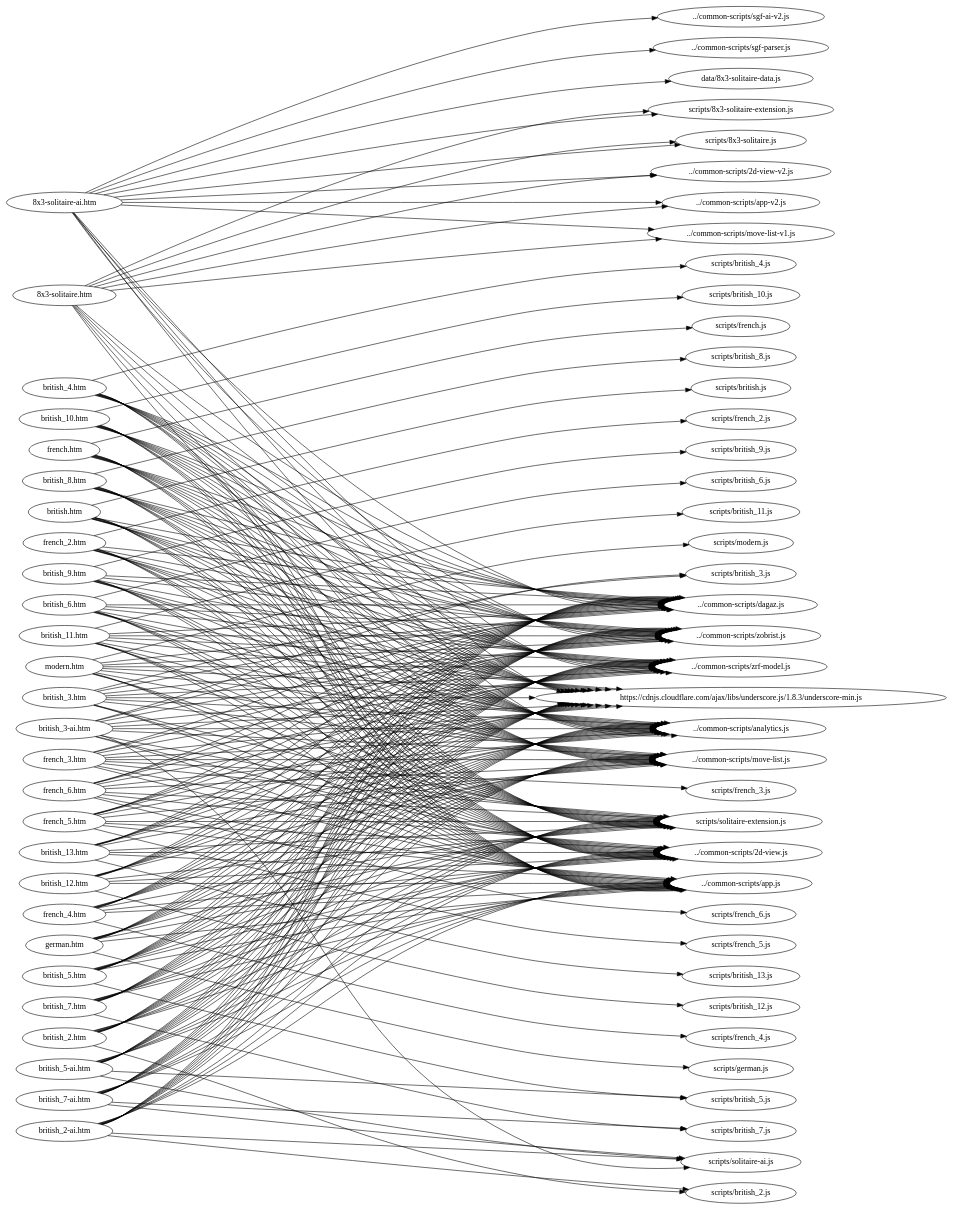
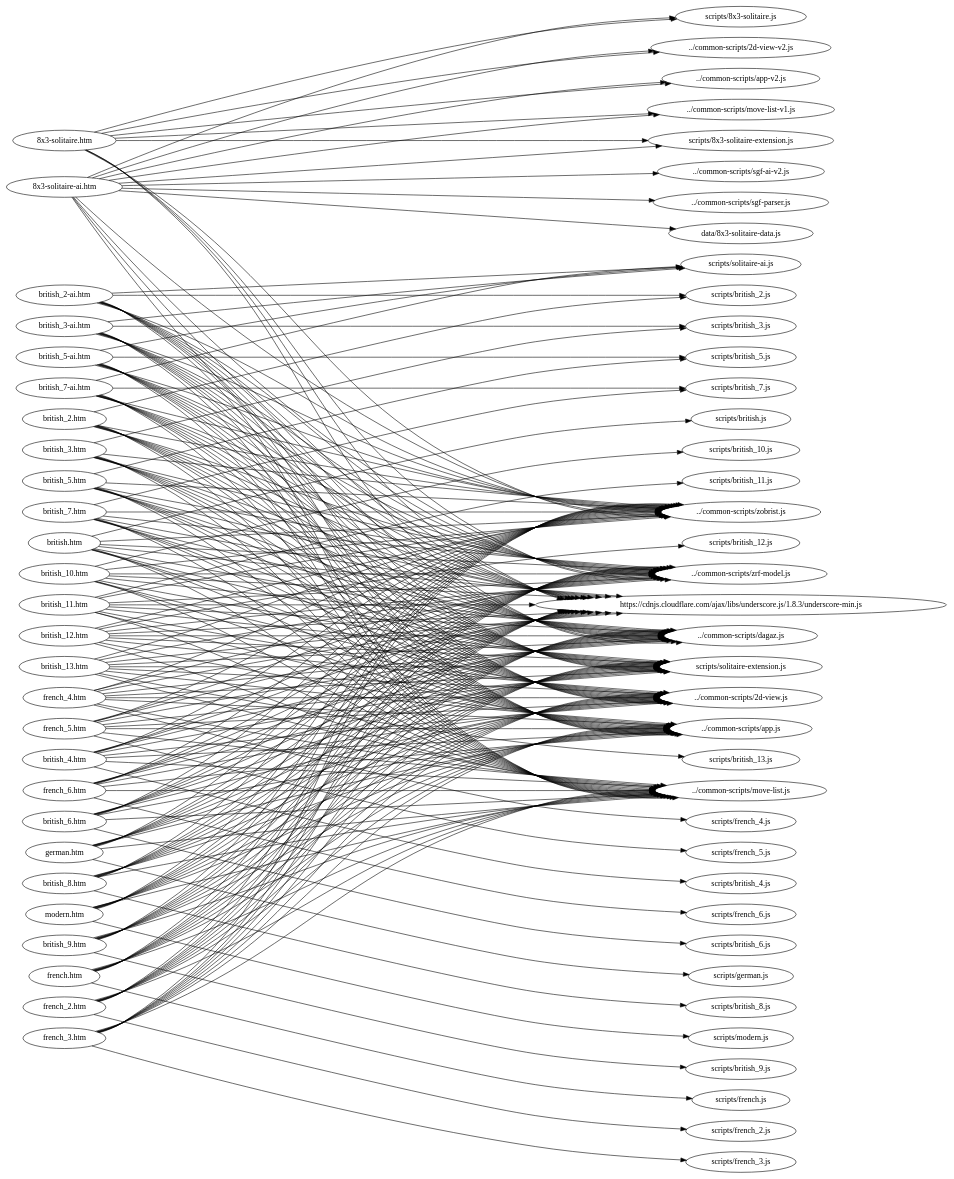
Before and after one commit to stepney141/GlukKazan.github.io: the diagram in refactor-utils/dot/solitaire.dot, drawn with Graphviz. The commit also changed 49 other files, not shown here.

```diff
--- a/refactor-utils/dot/solitaire.dot
+++ b/refactor-utils/dot/solitaire.dot
@@ -1,7 +1,6 @@
 digraph "graph" {
 graph[ ranksep=10, rankdir = LR ];
   "8x3-solitaire-ai.htm" -> "../common-scripts/2d-view-v2.js";
-  "8x3-solitaire-ai.htm" -> "../common-scripts/analytics.js";
   "8x3-solitaire-ai.htm" -> "../common-scripts/app-v2.js";
   "8x3-solitaire-ai.htm" -> "../common-scripts/dagaz.js";
   "8x3-solitaire-ai.htm" -> "../common-scripts/move-list-v1.js";
@@ -14,7 +13,6 @@
   "8x3-solitaire-ai.htm" -> "scripts/8x3-solitaire-extension.js";
   "8x3-solitaire-ai.htm" -> "scripts/8x3-solitaire.js";
   "8x3-solitaire.htm" -> "../common-scripts/2d-view-v2.js";
-  "8x3-solitaire.htm" -> "../common-scripts/analytics.js";
   "8x3-solitaire.htm" -> "../common-scripts/app-v2.js";
   "8x3-solitaire.htm" -> "../common-scripts/dagaz.js";
   "8x3-solitaire.htm" -> "../common-scripts/move-list-v1.js";
@@ -24,7 +22,6 @@
   "8x3-solitaire.htm" -> "scripts/8x3-solitaire-extension.js";
   "8x3-solitaire.htm" -> "scripts/8x3-solitaire.js";
   "british.htm" -> "../common-scripts/2d-view.js";
-  "british.htm" -> "../common-scripts/analytics.js";
   "british.htm" -> "../common-scripts/app.js";
   "british.htm" -> "../common-scripts/dagaz.js";
   "british.htm" -> "../common-scripts/move-list.js";
@@ -34,7 +31,6 @@
   "british.htm" -> "scripts/british.js";
   "british.htm" -> "scripts/solitaire-extension.js";
   "british_10.htm" -> "../common-scripts/2d-view.js";
-  "british_10.htm" -> "../common-scripts/analytics.js";
   "british_10.htm" -> "../common-scripts/app.js";
   "british_10.htm" -> "../common-scripts/dagaz.js";
   "british_10.htm" -> "../common-scripts/move-list.js";
@@ -44,7 +40,6 @@
   "british_10.htm" -> "scripts/british_10.js";
   "british_10.htm" -> "scripts/solitaire-extension.js";
   "british_11.htm" -> "../common-scripts/2d-view.js";
-  "british_11.htm" -> "../common-scripts/analytics.js";
   "british_11.htm" -> "../common-scripts/app.js";
   "british_11.htm" -> "../common-scripts/dagaz.js";
   "british_11.htm" -> "../common-scripts/move-list.js";
@@ -54,7 +49,6 @@
   "british_11.htm" -> "scripts/british_11.js";
   "british_11.htm" -> "scripts/solitaire-extension.js";
   "british_12.htm" -> "../common-scripts/2d-view.js";
-  "british_12.htm" -> "../common-scripts/analytics.js";
   "british_12.htm" -> "../common-scripts/app.js";
   "british_12.htm" -> "../common-scripts/dagaz.js";
   "british_12.htm" -> "../common-scripts/move-list.js";
@@ -64,7 +58,6 @@
   "british_12.htm" -> "scripts/british_12.js";
   "british_12.htm" -> "scripts/solitaire-extension.js";
   "british_13.htm" -> "../common-scripts/2d-view.js";
-  "british_13.htm" -> "../common-scripts/analytics.js";
   "british_13.htm" -> "../common-scripts/app.js";
   "british_13.htm" -> "../common-scripts/dagaz.js";
   "british_13.htm" -> "../common-scripts/move-list.js";
@@ -74,7 +67,6 @@
   "british_13.htm" -> "scripts/british_13.js";
   "british_13.htm" -> "scripts/solitaire-extension.js";
   "british_2-ai.htm" -> "../common-scripts/2d-view.js";
-  "british_2-ai.htm" -> "../common-scripts/analytics.js";
   "british_2-ai.htm" -> "../common-scripts/app.js";
   "british_2-ai.htm" -> "../common-scripts/dagaz.js";
   "british_2-ai.htm" -> "../common-scripts/move-list.js";
@@ -85,7 +77,6 @@
   "british_2-ai.htm" -> "scripts/solitaire-ai.js";
   "british_2-ai.htm" -> "scripts/solitaire-extension.js";
   "british_2.htm" -> "../common-scripts/2d-view.js";
-  "british_2.htm" -> "../common-scripts/analytics.js";
   "british_2.htm" -> "../common-scripts/app.js";
   "british_2.htm" -> "../common-scripts/dagaz.js";
   "british_2.htm" -> "../common-scripts/move-list.js";
@@ -95,7 +86,6 @@
   "british_2.htm" -> "scripts/british_2.js";
   "british_2.htm" -> "scripts/solitaire-extension.js";
   "british_3-ai.htm" -> "../common-scripts/2d-view.js";
-  "british_3-ai.htm" -> "../common-scripts/analytics.js";
   "british_3-ai.htm" -> "../common-scripts/app.js";
   "british_3-ai.htm" -> "../common-scripts/dagaz.js";
   "british_3-ai.htm" -> "../common-scripts/move-list.js";
@@ -106,7 +96,6 @@
   "british_3-ai.htm" -> "scripts/solitaire-ai.js";
   "british_3-ai.htm" -> "scripts/solitaire-extension.js";
   "british_3.htm" -> "../common-scripts/2d-view.js";
-  "british_3.htm" -> "../common-scripts/analytics.js";
   "british_3.htm" -> "../common-scripts/app.js";
   "british_3.htm" -> "../common-scripts/dagaz.js";
   "british_3.htm" -> "../common-scripts/move-list.js";
@@ -116,7 +105,6 @@
   "british_3.htm" -> "scripts/british_3.js";
   "british_3.htm" -> "scripts/solitaire-extension.js";
   "british_4.htm" -> "../common-scripts/2d-view.js";
-  "british_4.htm" -> "../common-scripts/analytics.js";
   "british_4.htm" -> "../common-scripts/app.js";
   "british_4.htm" -> "../common-scripts/dagaz.js";
   "british_4.htm" -> "../common-scripts/move-list.js";
@@ -126,7 +114,6 @@
   "british_4.htm" -> "scripts/british_4.js";
   "british_4.htm" -> "scripts/solitaire-extension.js";
   "british_5-ai.htm" -> "../common-scripts/2d-view.js";
-  "british_5-ai.htm" -> "../common-scripts/analytics.js";
   "british_5-ai.htm" -> "../common-scripts/app.js";
   "british_5-ai.htm" -> "../common-scripts/dagaz.js";
   "british_5-ai.htm" -> "../common-scripts/move-list.js";
@@ -137,7 +124,6 @@
   "british_5-ai.htm" -> "scripts/solitaire-ai.js";
   "british_5-ai.htm" -> "scripts/solitaire-extension.js";
   "british_5.htm" -> "../common-scripts/2d-view.js";
-  "british_5.htm" -> "../common-scripts/analytics.js";
   "british_5.htm" -> "../common-scripts/app.js";
   "british_5.htm" -> "../common-scripts/dagaz.js";
   "british_5.htm" -> "../common-scripts/move-list.js";
@@ -147,7 +133,6 @@
   "british_5.htm" -> "scripts/british_5.js";
   "british_5.htm" -> "scripts/solitaire-extension.js";
   "british_6.htm" -> "../common-scripts/2d-view.js";
-  "british_6.htm" -> "../common-scripts/analytics.js";
   "british_6.htm" -> "../common-scripts/app.js";
   "british_6.htm" -> "../common-scripts/dagaz.js";
   "british_6.htm" -> "../common-scripts/move-list.js";
@@ -157,7 +142,6 @@
   "british_6.htm" -> "scripts/british_6.js";
   "british_6.htm" -> "scripts/solitaire-extension.js";
   "british_7-ai.htm" -> "../common-scripts/2d-view.js";
-  "british_7-ai.htm" -> "../common-scripts/analytics.js";
   "british_7-ai.htm" -> "../common-scripts/app.js";
   "british_7-ai.htm" -> "../common-scripts/dagaz.js";
   "british_7-ai.htm" -> "../common-scripts/move-list.js";
@@ -168,7 +152,6 @@
   "british_7-ai.htm" -> "scripts/solitaire-ai.js";
   "british_7-ai.htm" -> "scripts/solitaire-extension.js";
   "british_7.htm" -> "../common-scripts/2d-view.js";
-  "british_7.htm" -> "../common-scripts/analytics.js";
   "british_7.htm" -> "../common-scripts/app.js";
   "british_7.htm" -> "../common-scripts/dagaz.js";
   "british_7.htm" -> "../common-scripts/move-list.js";
@@ -178,7 +161,6 @@
   "british_7.htm" -> "scripts/british_7.js";
   "british_7.htm" -> "scripts/solitaire-extension.js";
   "british_8.htm" -> "../common-scripts/2d-view.js";
-  "british_8.htm" -> "../common-scripts/analytics.js";
   "british_8.htm" -> "../common-scripts/app.js";
   "british_8.htm" -> "../common-scripts/dagaz.js";
   "british_8.htm" -> "../common-scripts/move-list.js";
@@ -188,7 +170,6 @@
   "british_8.htm" -> "scripts/british_8.js";
   "british_8.htm" -> "scripts/solitaire-extension.js";
   "british_9.htm" -> "../common-scripts/2d-view.js";
-  "british_9.htm" -> "../common-scripts/analytics.js";
   "british_9.htm" -> "../common-scripts/app.js";
   "british_9.htm" -> "../common-scripts/dagaz.js";
   "british_9.htm" -> "../common-scripts/move-list.js";
@@ -198,7 +179,6 @@
   "british_9.htm" -> "scripts/british_9.js";
   "british_9.htm" -> "scripts/solitaire-extension.js";
   "french.htm" -> "../common-scripts/2d-view.js";
-  "french.htm" -> "../common-scripts/analytics.js";
   "french.htm" -> "../common-scripts/app.js";
   "french.htm" -> "../common-scripts/dagaz.js";
   "french.htm" -> "../common-scripts/move-list.js";
@@ -208,7 +188,6 @@
   "french.htm" -> "scripts/french.js";
   "french.htm" -> "scripts/solitaire-extension.js";
   "french_2.htm" -> "../common-scripts/2d-view.js";
-  "french_2.htm" -> "../common-scripts/analytics.js";
   "french_2.htm" -> "../common-scripts/app.js";
   "french_2.htm" -> "../common-scripts/dagaz.js";
   "french_2.htm" -> "../common-scripts/move-list.js";
@@ -218,7 +197,6 @@
   "french_2.htm" -> "scripts/french_2.js";
   "french_2.htm" -> "scripts/solitaire-extension.js";
   "french_3.htm" -> "../common-scripts/2d-view.js";
-  "french_3.htm" -> "../common-scripts/analytics.js";
   "french_3.htm" -> "../common-scripts/app.js";
   "french_3.htm" -> "../common-scripts/dagaz.js";
   "french_3.htm" -> "../common-scripts/move-list.js";
@@ -228,7 +206,6 @@
   "french_3.htm" -> "scripts/french_3.js";
   "french_3.htm" -> "scripts/solitaire-extension.js";
   "french_4.htm" -> "../common-scripts/2d-view.js";
-  "french_4.htm" -> "../common-scripts/analytics.js";
   "french_4.htm" -> "../common-scripts/app.js";
   "french_4.htm" -> "../common-scripts/dagaz.js";
   "french_4.htm" -> "../common-scripts/move-list.js";
@@ -238,7 +215,6 @@
   "french_4.htm" -> "scripts/french_4.js";
   "french_4.htm" -> "scripts/solitaire-extension.js";
   "french_5.htm" -> "../common-scripts/2d-view.js";
-  "french_5.htm" -> "../common-scripts/analytics.js";
   "french_5.htm" -> "../common-scripts/app.js";
   "french_5.htm" -> "../common-scripts/dagaz.js";
   "french_5.htm" -> "../common-scripts/move-list.js";
@@ -248,7 +224,6 @@
   "french_5.htm" -> "scripts/french_5.js";
   "french_5.htm" -> "scripts/solitaire-extension.js";
   "french_6.htm" -> "../common-scripts/2d-view.js";
-  "french_6.htm" -> "../common-scripts/analytics.js";
   "french_6.htm" -> "../common-scripts/app.js";
   "french_6.htm" -> "../common-scripts/dagaz.js";
   "french_6.htm" -> "../common-scripts/move-list.js";
@@ -258,7 +233,6 @@
   "french_6.htm" -> "scripts/french_6.js";
   "french_6.htm" -> "scripts/solitaire-extension.js";
   "german.htm" -> "../common-scripts/2d-view.js";
-  "german.htm" -> "../common-scripts/analytics.js";
   "german.htm" -> "../common-scripts/app.js";
   "german.htm" -> "../common-scripts/dagaz.js";
   "german.htm" -> "../common-scripts/move-list.js";
@@ -268,7 +242,6 @@
   "german.htm" -> "scripts/german.js";
   "german.htm" -> "scripts/solitaire-extension.js";
   "modern.htm" -> "../common-scripts/2d-view.js";
-  "modern.htm" -> "../common-scripts/analytics.js";
   "modern.htm" -> "../common-scripts/app.js";
   "modern.htm" -> "../common-scripts/dagaz.js";
   "modern.htm" -> "../common-scripts/move-list.js";
```
